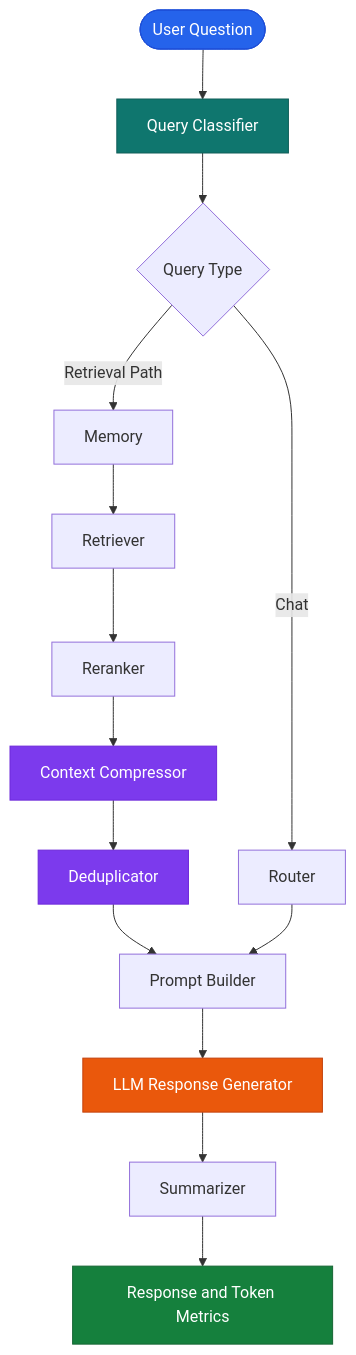
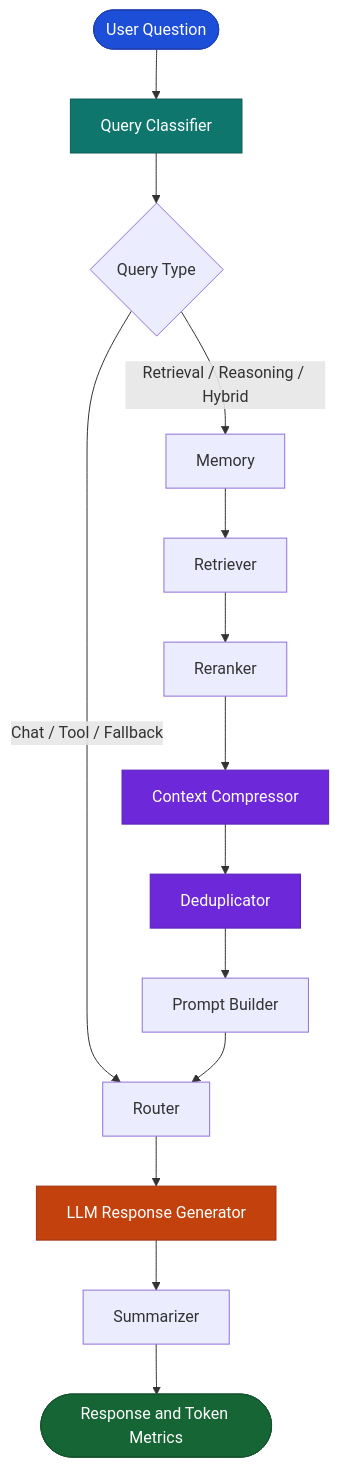
One commit to maahii-in/token-cost-cutting changed the diagram in README.md. Above: the diagram before and after it, drawn with Mermaid. The commit also changed other lines of this file, not shown here.

First line of the commit message:
Rename project to 'Token Cost Agent' and revise README

````diff
--- a/README.md
+++ b/README.md
@@ -95,29 +64,27 @@
 ```mermaid
 flowchart TD
     A([User Question]) --> B[Query Classifier]
 
     B --> C{Query Type}
 
-    C -->|Chat| D[Router]
-    C -->|Retrieval Path| E[Memory]
+    C -->|Chat / Tool / Fallback| H[Router]
+    C -->|Retrieval / Reasoning / Hybrid| D[Memory]
 
-    E --> F[Retriever]
-    F --> G[Reranker]
-    G --> H[Context Compressor]
-    H --> I[Deduplicator]
+    D --> E[Retriever]
+    E --> F[Reranker]
+    F --> G[Context Compressor]
+    G --> I[Deduplicator]
+    I --> J[Prompt Builder]
 
-    I --> J[Prompt Builder]
-    D --> J
+    J --> H
+    H --> K[LLM Response Generator]
+    K --> L[Summarizer]
+    L --> M([Response and Token Metrics])
 
-    J --> K[LLM Response Generator]
-    K --> L[Summarizer]
-
-    L --> M[Response and Token Metrics]
-
-    style A fill:#2563EB,color:#FFFFFF,stroke:#1D4ED8
+    style A fill:#1D4ED8,color:#FFFFFF,stroke:#1E40AF
     style B fill:#0F766E,color:#FFFFFF,stroke:#115E59
-    style H fill:#7C3AED,color:#FFFFFF,stroke:#6D28D9
-    style I fill:#7C3AED,color:#FFFFFF,stroke:#6D28D9
-    style K fill:#EA580C,color:#FFFFFF,stroke:#C2410C
-    style M fill:#15803D,color:#FFFFFF,stroke:#166534
+    style G fill:#6D28D9,color:#FFFFFF,stroke:#5B21B6
+    style I fill:#6D28D9,color:#FFFFFF,stroke:#5B21B6
+    style K fill:#C2410C,color:#FFFFFF,stroke:#9A3412
+    style M fill:#166534,color:#FFFFFF,stroke:#14532D
 ```
````
